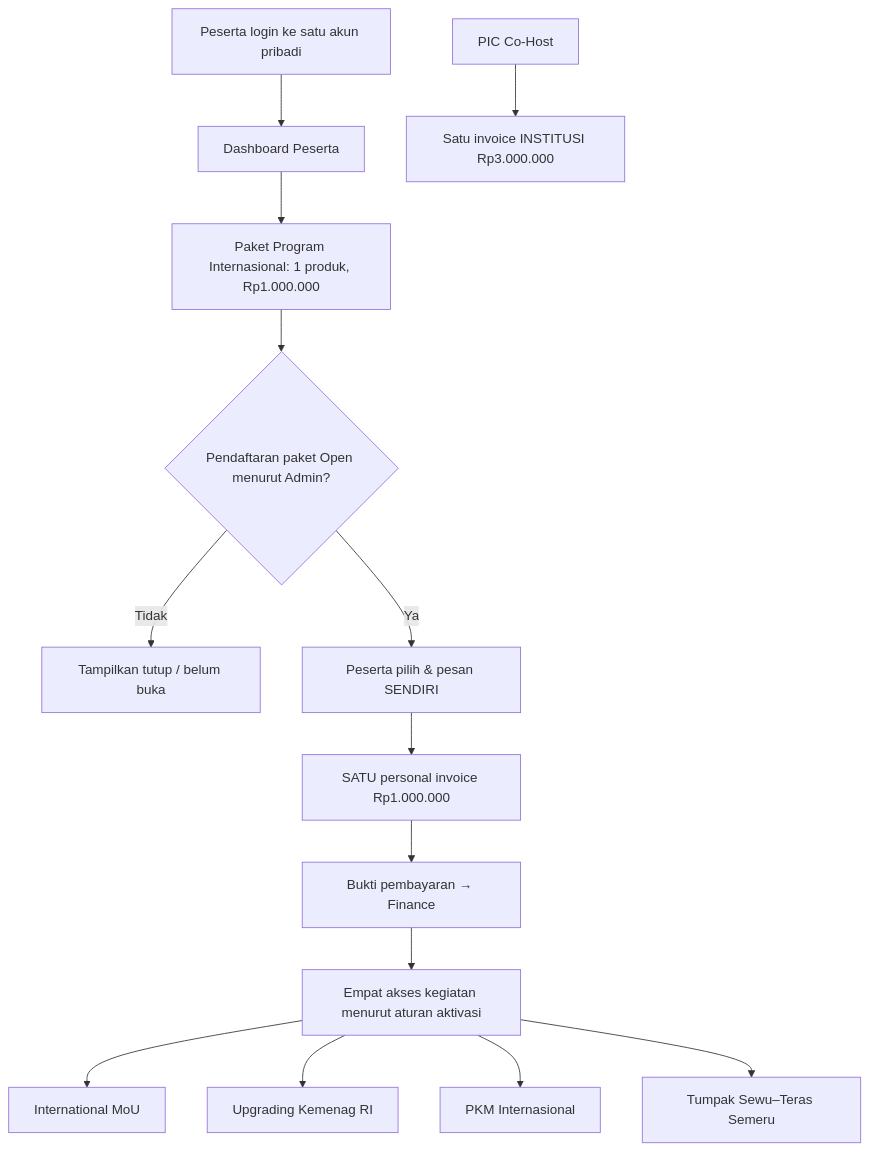
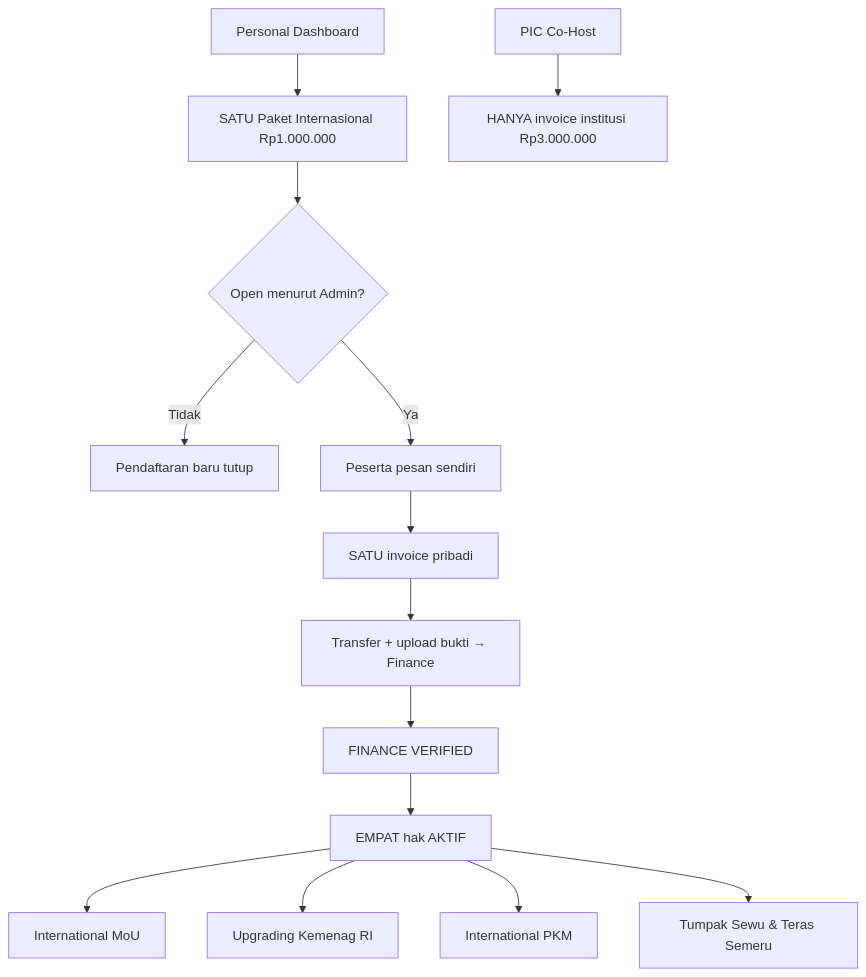
Before and after one commit to akhmadafnan/iches-unisya: the first of 2 diagrams in docs/18B-05-CRUD-PAKET-INTERNASIONAL-DASHBOARD-PESERTA.md, drawn with Mermaid. The commit also changed other lines of this file and 6 other files, not shown here.

Commit message:
docs: make Co-Host and package Mermaid flows require Finance VERIFIED

````diff
--- a/docs/18B-05-CRUD-PAKET-INTERNASIONAL-DASHBOARD-PESERTA.md
+++ b/docs/18B-05-CRUD-PAKET-INTERNASIONAL-DASHBOARD-PESERTA.md
@@ -13,16 +13,16 @@
 ```mermaid
 flowchart TD
-  A["Peserta login ke satu akun pribadi"] --> D["Dashboard Peserta"]
-  D --> P["Paket Program Internasional: 1 produk, Rp1.000.000"]
-  P --> O{"Pendaftaran paket Open menurut Admin?"}
-  O -->|Tidak| X["Tampilkan tutup / belum buka"]
-  O -->|Ya| R["Peserta pilih & pesan SENDIRI"]
-  R --> I["SATU personal invoice Rp1.000.000"]
-  I --> F["Bukti pembayaran → Finance"]
-  F --> E["Empat akses kegiatan menurut aturan aktivasi"]
-  E --> M["International MoU"]
-  E --> U["Upgrading Kemenag RI"]
-  E --> K["PKM Internasional"]
-  E --> T["Tumpak Sewu–Teras Semeru"]
-  C["PIC Co-Host"] --> CI["Satu invoice INSTITUSI Rp3.000.000"]
+ A["Personal Dashboard"] --> P["SATU Paket Internasional Rp1.000.000"]
+ P --> O{"Open menurut Admin?"}
+ O -->|Tidak| X["Pendaftaran baru tutup"]
+ O -->|Ya| R["Peserta pesan sendiri"]
+ R --> I["SATU invoice pribadi"]
+ I --> F["Transfer + upload bukti → Finance"]
+ F --> V["FINANCE VERIFIED"]
+ V --> E["EMPAT hak AKTIF"]
+ E --> M["International MoU"]
+ E --> U["Upgrading Kemenag RI"]
+ E --> K["International PKM"]
+ E --> T["Tumpak Sewu & Teras Semeru"]
+ C["PIC Co-Host"] --> CI["HANYA invoice institusi Rp3.000.000"]
 ```
````
